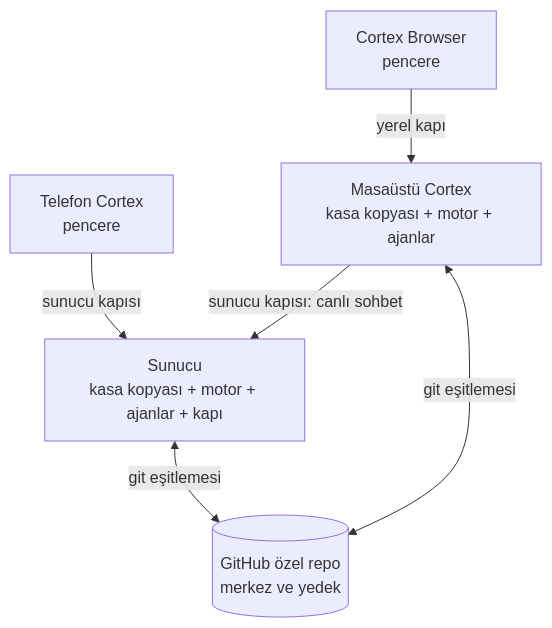
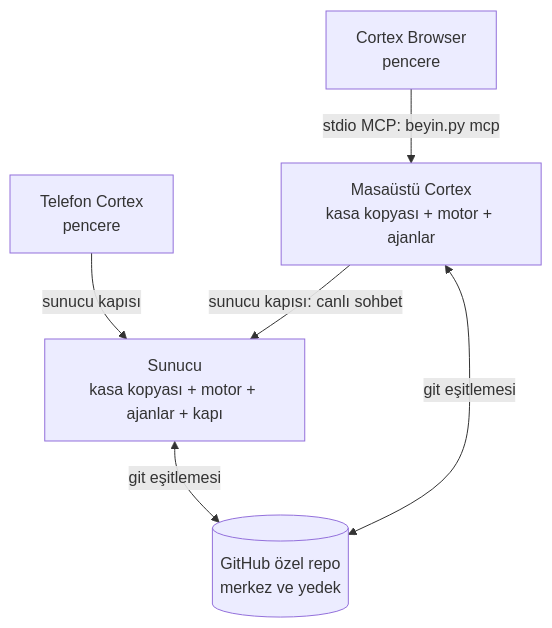
One commit to GunduzTolga/Cortex changed the diagram in docs/superpowers/specs/2026-11-03-dort-yuzey-design.md. Above: the diagram before and after it, drawn with Mermaid. The commit also changed other lines of this file, not shown here.

````diff
--- a/docs/superpowers/specs/2026-11-03-dort-yuzey-design.md
+++ b/docs/superpowers/specs/2026-11-03-dort-yuzey-design.md
@@ -46,8 +51,8 @@
 ```mermaid
 flowchart TB
   T["Telefon Cortex<br/>pencere"] -->|sunucu kapısı| S["Sunucu<br/>kasa kopyası + motor + ajanlar + kapı"]
-  B["Cortex Browser<br/>pencere"] -->|yerel kapı| M["Masaüstü Cortex<br/>kasa kopyası + motor + ajanlar"]
+  B["Cortex Browser<br/>pencere"] -->|stdio MCP: beyin.py mcp| M["Masaüstü Cortex<br/>kasa kopyası + motor + ajanlar"]
   M -->|sunucu kapısı: canlı sohbet| S
   S <-->|git eşitlemesi| G[("GitHub özel repo<br/>merkez ve yedek")]
   M <-->|git eşitlemesi| G
 ```
````
